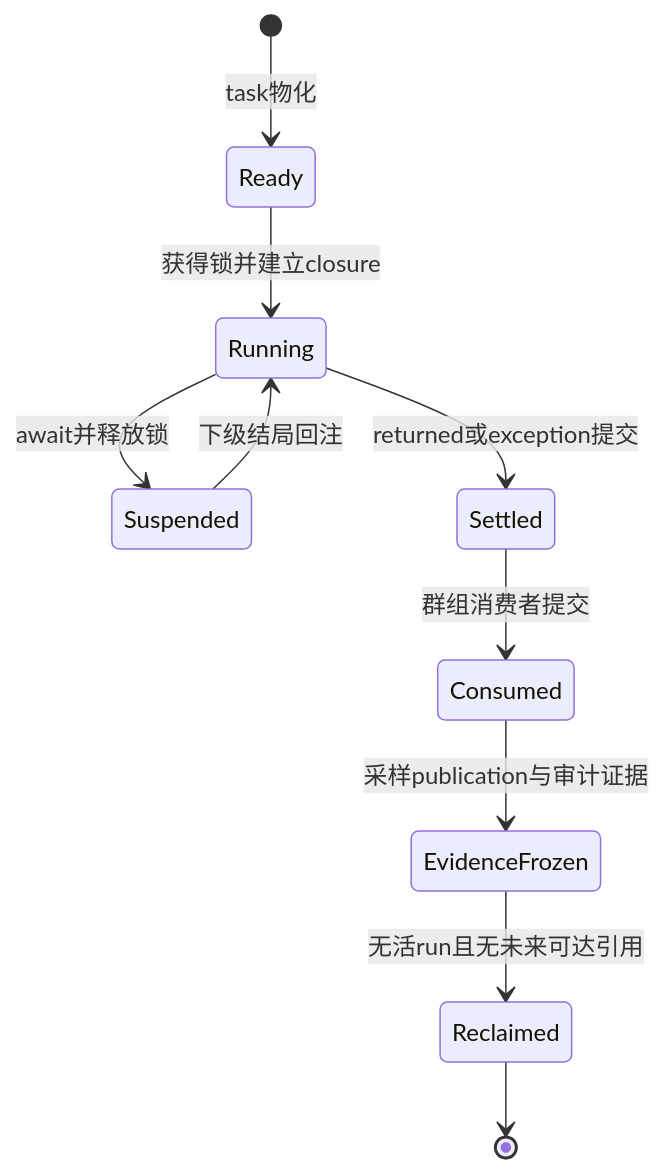
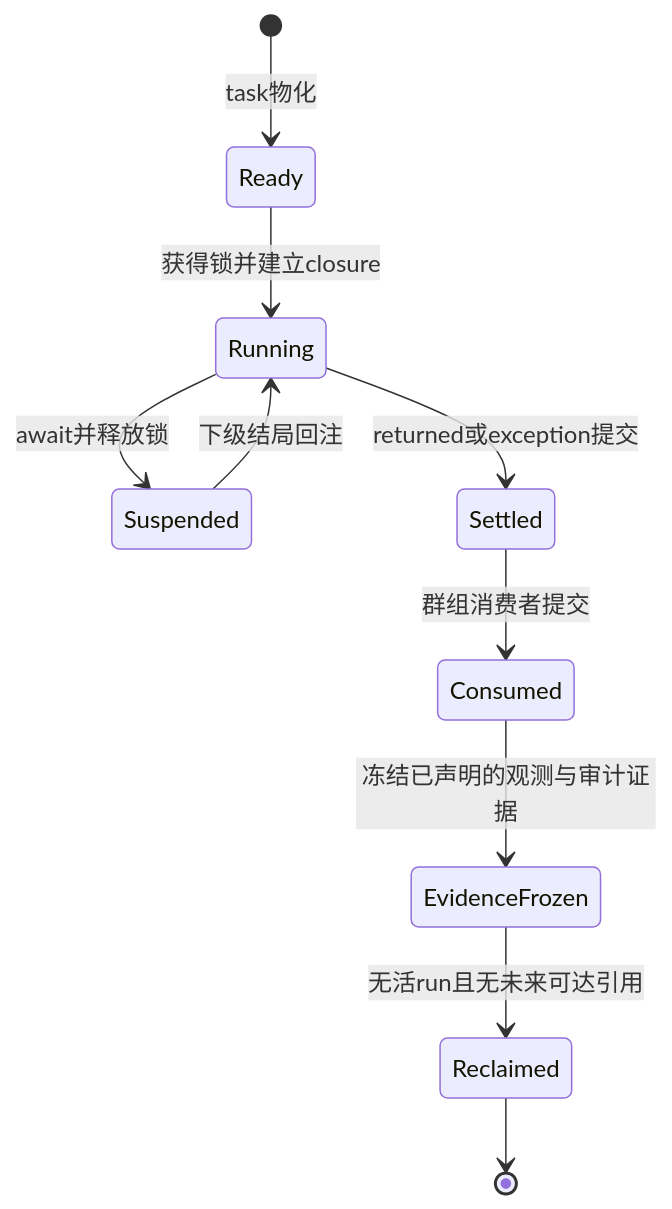
One commit to mouriya-s-lab/coder-loop changed diagram 29 of 46 in v3-issue/B.md. Above: the diagram before and after it, drawn with Mermaid. The commit also changed other lines of this file and 1 other file, not shown here.

````diff
--- a/v3-issue/B.md
+++ b/v3-issue/B.md
@@ -1050,12 +1051,12 @@
 ```mermaid
 stateDiagram-v2
     [*] --> Ready: task物化
     Ready --> Running: 获得锁并建立closure
     Running --> Suspended: await并释放锁
     Suspended --> Running: 下级结局回注
     Running --> Settled: returned或exception提交
     Settled --> Consumed: 群组消费者提交
-    Consumed --> EvidenceFrozen: 采样publication与审计证据
+    Consumed --> EvidenceFrozen: 冻结已声明的观测与审计证据
     EvidenceFrozen --> Reclaimed: 无活run且无未来可达引用
     Reclaimed --> [*]
 ```
````
